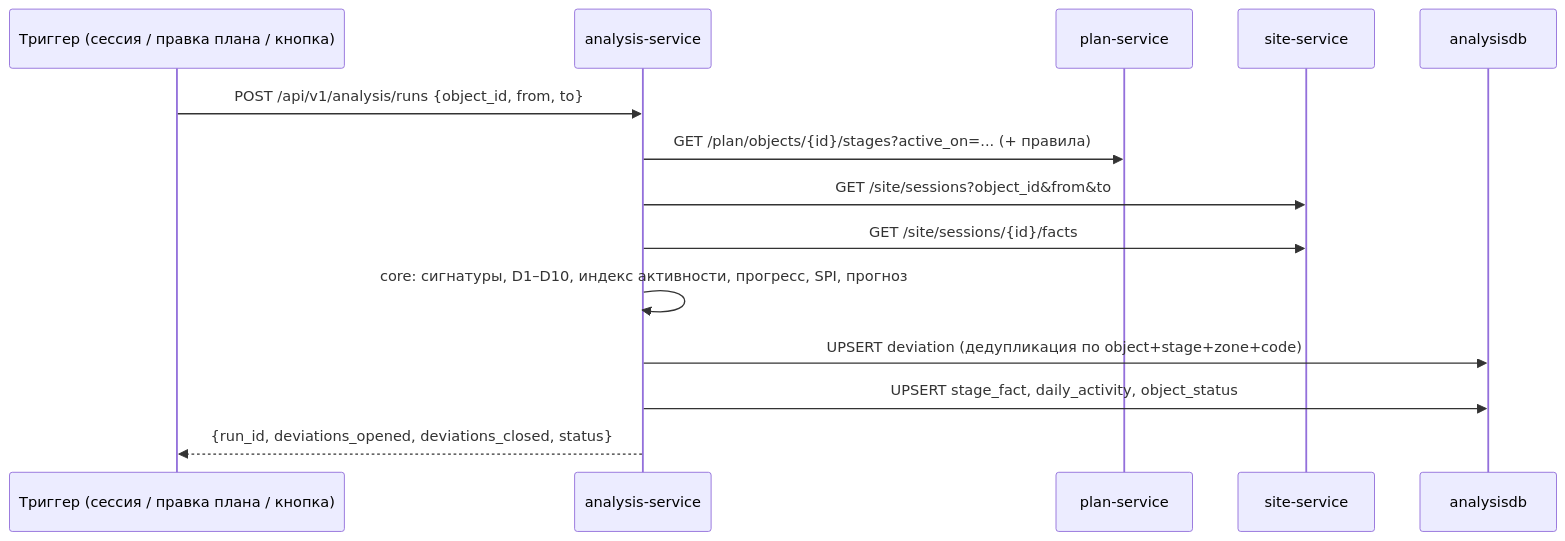
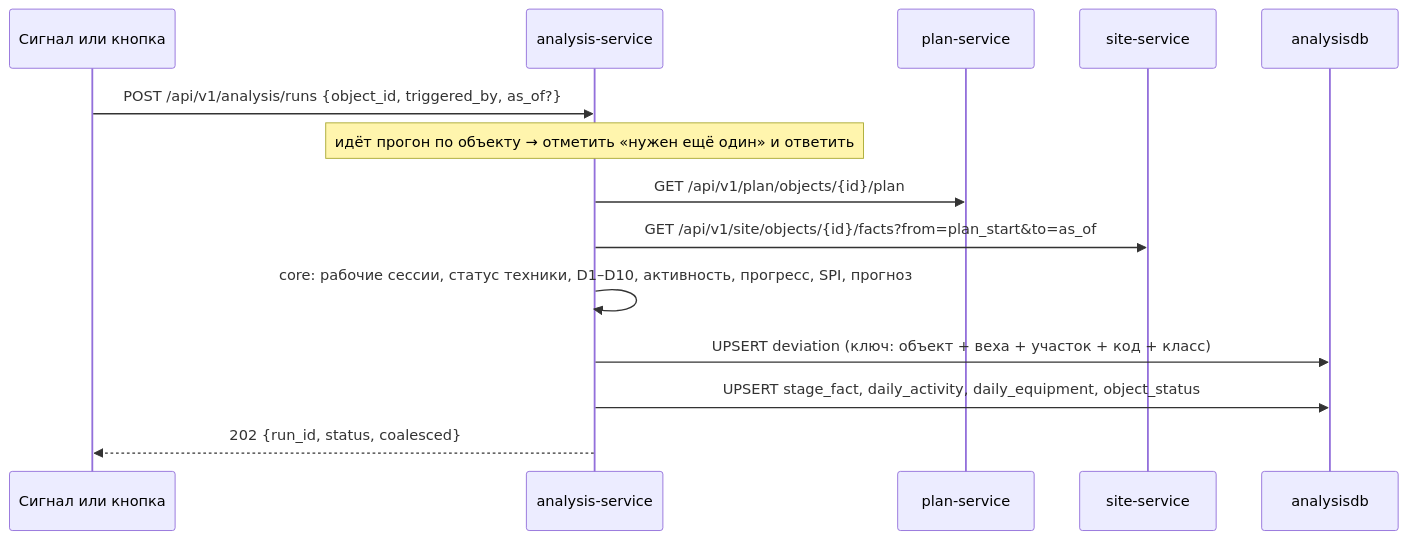
The fourth of 5 diagrams in docs/architecture.md (cerXXXX/ConstructionSupervision), drawn with Mermaid before and after one commit. The commit also changed other lines of this file and 45 other files, not shown here.

````diff
--- a/docs/architecture.md
+++ b/docs/architecture.md
@@ -173,17 +183,17 @@
 ```mermaid
 sequenceDiagram
-    participant TR as Триггер (сессия / правка плана / кнопка)
+    participant TR as Сигнал или кнопка
     participant AN as analysis-service
     participant PL as plan-service
     participant ST as site-service
     participant DB as analysisdb
 
-    TR->>AN: POST /api/v1/analysis/runs {object_id, from, to}
-    AN->>PL: GET /plan/objects/{id}/stages?active_on=... (+ правила)
-    AN->>ST: GET /site/sessions?object_id&from&to
-    AN->>ST: GET /site/sessions/{id}/facts
-    AN->>AN: core: сигнатуры, D1–D10, индекс активности, прогресс, SPI, прогноз
-    AN->>DB: UPSERT deviation (дедупликация по object+stage+zone+code)
-    AN->>DB: UPSERT stage_fact, daily_activity, object_status
-    AN-->>TR: {run_id, deviations_opened, deviations_closed, status}
+    TR->>AN: POST /api/v1/analysis/runs {object_id, triggered_by, as_of?}
+    Note over AN: идёт прогон по объекту → отметить «нужен ещё один» и ответить
+    AN->>PL: GET /api/v1/plan/objects/{id}/plan
+    AN->>ST: GET /api/v1/site/objects/{id}/facts?from=plan_start&to=as_of
+    AN->>AN: core: рабочие сессии, статус техники, D1–D10, активность, прогресс, SPI, прогноз
+    AN->>DB: UPSERT deviation (ключ: объект + веха + участок + код + класс)
+    AN->>DB: UPSERT stage_fact, daily_activity, daily_equipment, object_status
+    AN-->>TR: 202 {run_id, status, coalesced}
 ```
````
